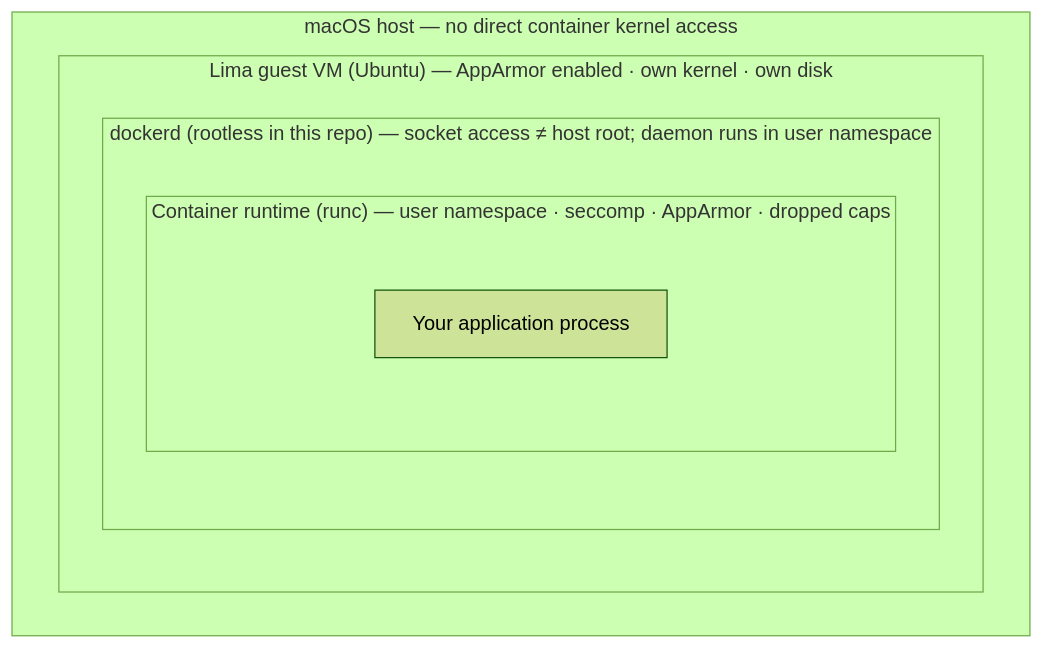
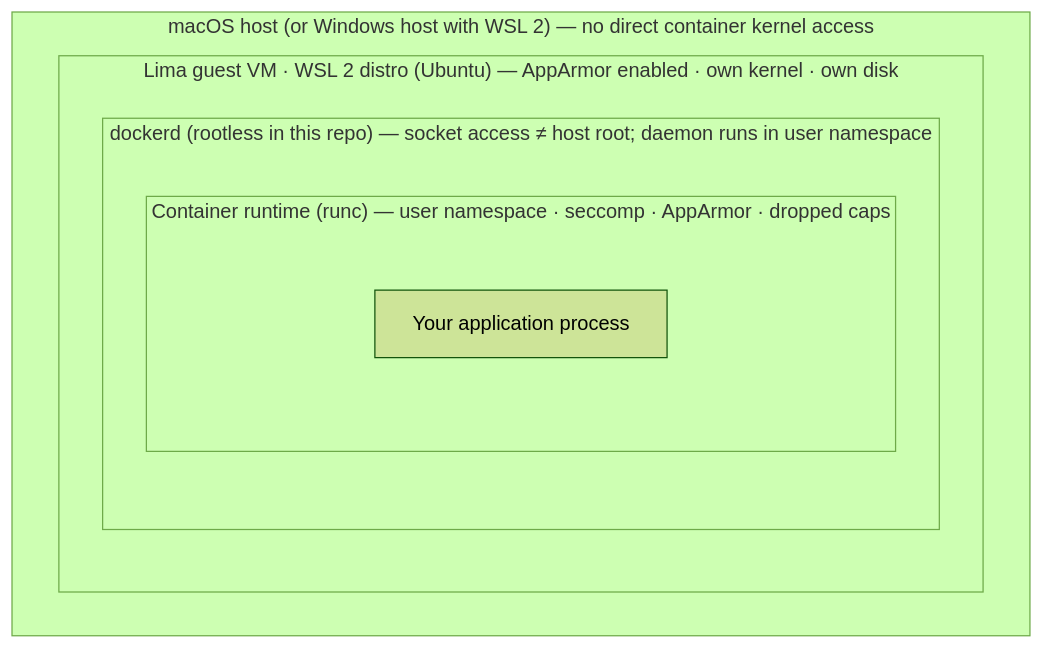
The diagram in docs/container-security.md (devasthali-os/devasthali-devops), drawn with Mermaid (forest theme) before and after one commit. The commit also changed other lines of this file and 8 other files, not shown here.

````diff
--- a/docs/container-security.md
+++ b/docs/container-security.md
@@ -33,12 +33,12 @@
 ```mermaid
 flowchart TB
-  subgraph macos["macOS host — no direct container kernel access"]
-    subgraph lima["Lima guest VM (Ubuntu) — AppArmor enabled · own kernel · own disk"]
+  subgraph host["macOS host (or Windows host with WSL 2) — no direct container kernel access"]
+    subgraph lima["Lima guest VM · WSL 2 distro (Ubuntu) — AppArmor enabled · own kernel · own disk"]
       subgraph dockerd["dockerd (rootless in this repo) — socket access ≠ host root; daemon runs in user namespace"]
         subgraph runc["Container runtime (runc) — user namespace · seccomp · AppArmor · dropped caps"]
           app["Your application process"]
         end
       end
     end
   end
 ```
````
